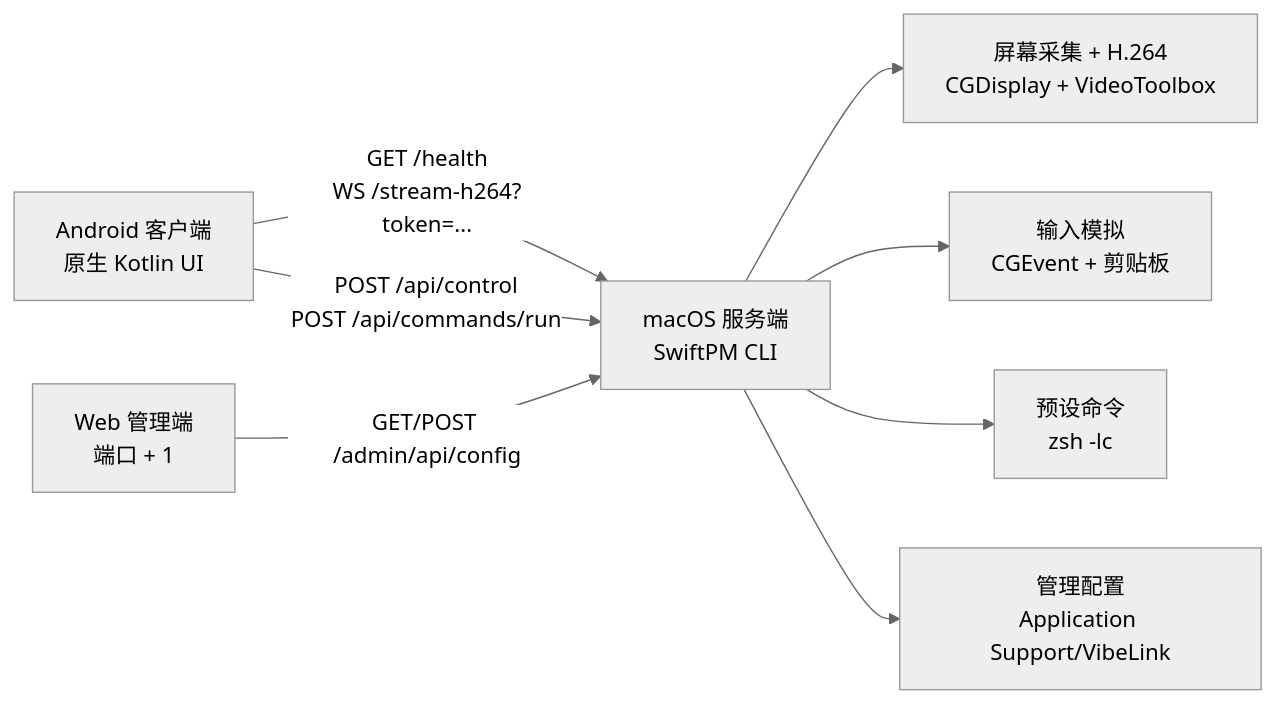
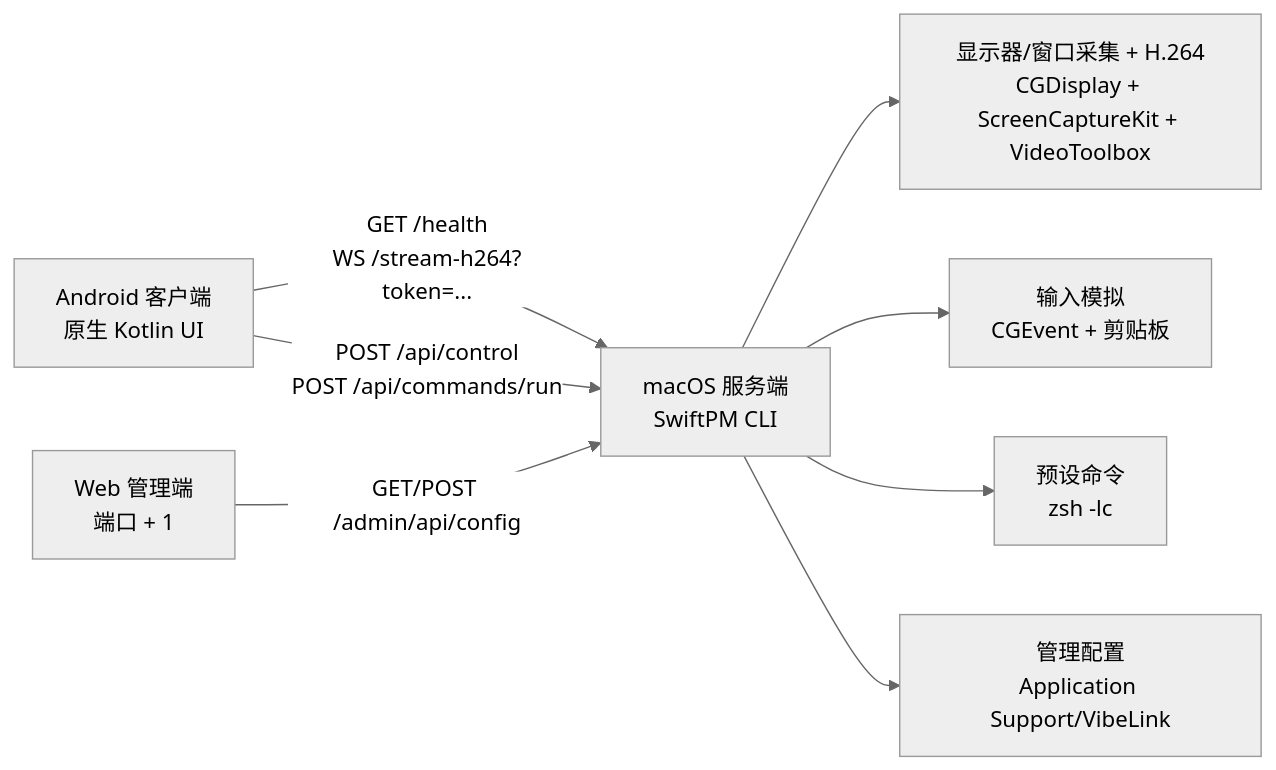
One commit to IceSeaOnly/vibe_link changed the diagram in README.zh-CN.md. Above: the diagram before and after it, drawn with Mermaid (neutral theme). The commit also changed other lines of this file and 47 other files, not shown here.

````diff
--- a/README.zh-CN.md
+++ b/README.zh-CN.md
@@ -104,10 +117,10 @@
 ```mermaid
 flowchart LR
     Android["Android 客户端<br/>原生 Kotlin UI"] -->|"GET /health<br/>WS /stream-h264?token=..."| Server["macOS 服务端<br/>SwiftPM CLI"]
     Android -->|"POST /api/control<br/>POST /api/commands/run"| Server
     Admin["Web 管理端<br/>端口 + 1"] -->|"GET/POST /admin/api/config"| Server
-    Server --> Capture["屏幕采集 + H.264<br/>CGDisplay + VideoToolbox"]
+    Server --> Capture["显示器/窗口采集 + H.264<br/>CGDisplay + ScreenCaptureKit + VideoToolbox"]
     Server --> Input["输入模拟<br/>CGEvent + 剪贴板"]
     Server --> Commands["预设命令<br/>zsh -lc"]
     Server --> Config["管理配置<br/>Application Support/VibeLink"]
 ```
````
